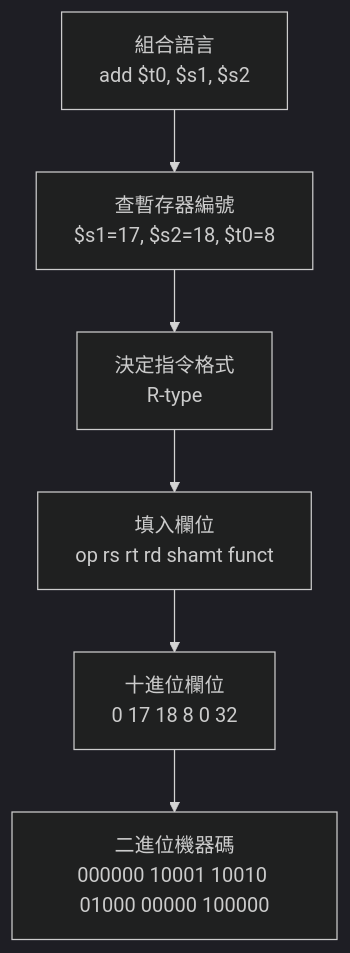
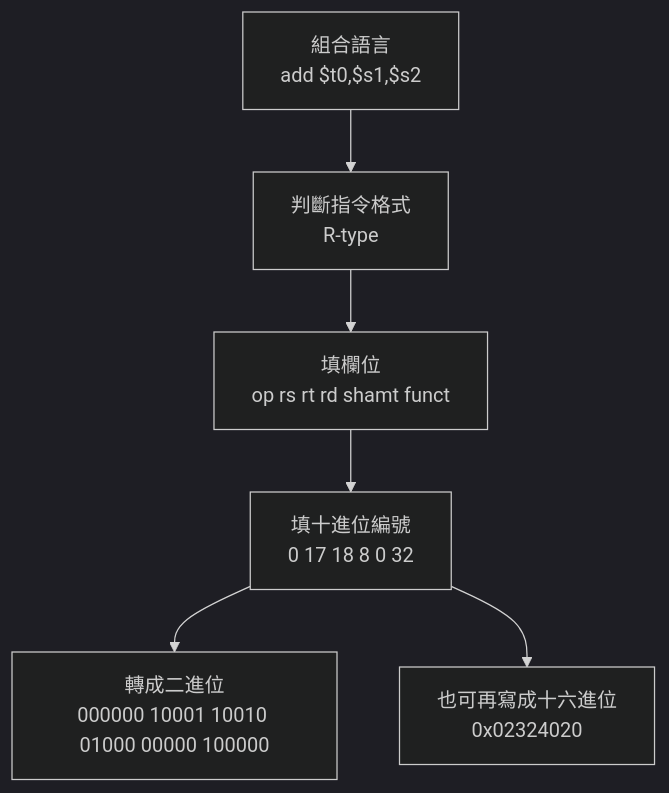
Before and after one commit to peicd100/university-notes: the ninth of 14 diagrams in docs/md/114-2/科技_計算機結構/ch 2.md, drawn with Mermaid (dark theme). The commit also changed other lines of this file and 51 other files, not shown here.

````diff
--- a/docs/md/114-2/科技_計算機結構/ch 2.md
+++ b/docs/md/114-2/科技_計算機結構/ch 2.md
@@ -2902,8 +2897,8 @@
-```mermaid id="yqtnqg"
+```mermaid
 flowchart TB
-A[組合語言<br>add $t0, $s1, $s2] --> B[查暫存器編號<br>$s1=17, $s2=18, $t0=8]
-B --> C[決定指令格式<br>R-type]
-C --> D[填入欄位<br>op rs rt rd shamt funct]
-D --> E[十進位欄位<br>0 17 18 8 0 32]
-E --> F[二進位機器碼<br>000000 10001 10010 01000 00000 100000]
+A[組合語言<br/>add $t0,$s1,$s2] --> B[判斷指令格式<br/>R-type]
+B --> C[填欄位<br/>op rs rt rd shamt funct]
+C --> D[填十進位編號<br/>0 17 18 8 0 32]
+D --> E[轉成二進位<br/>000000 10001 10010 01000 00000 100000]
+D --> F[也可再寫成十六進位<br/>0x02324020]
 ```
````
